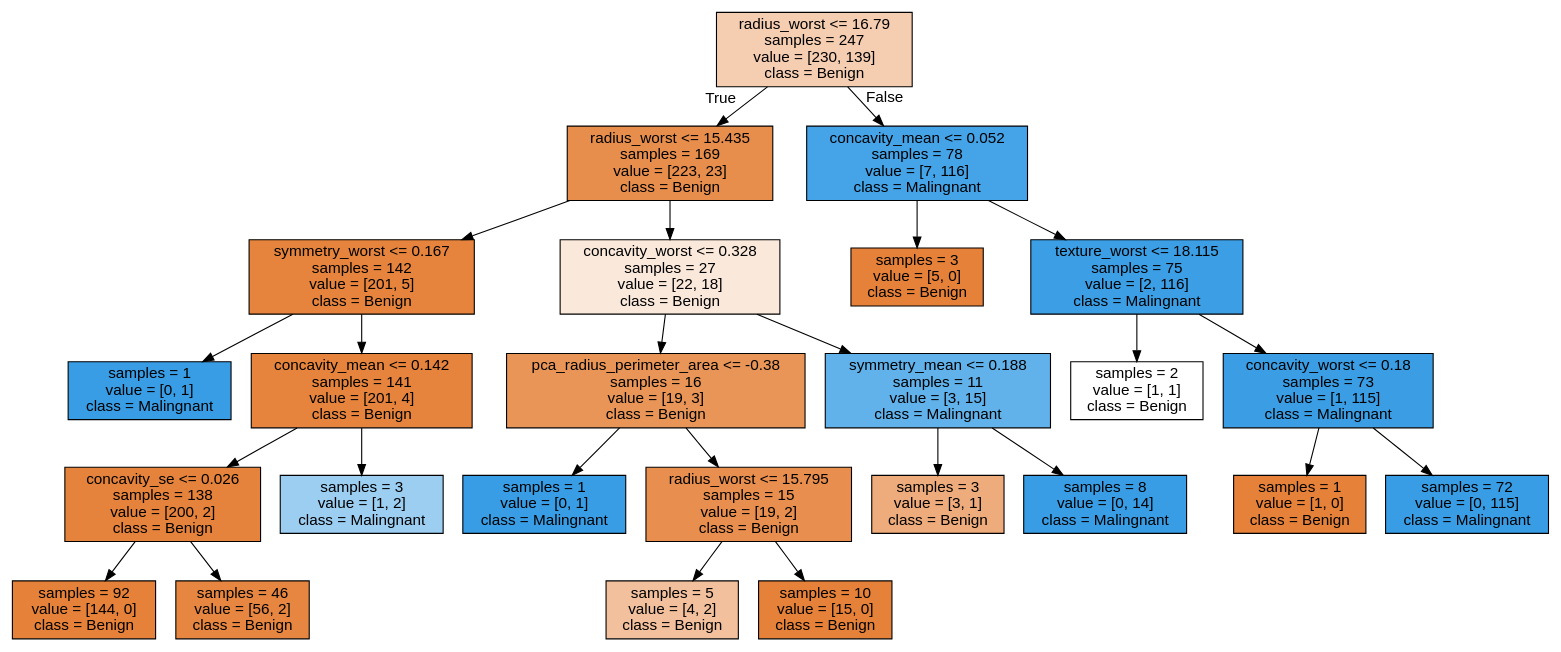
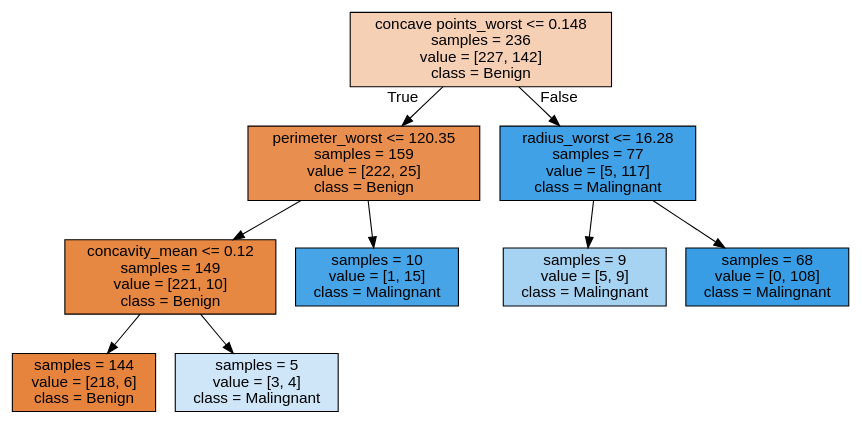
One commit to SebastianCarvalhoSalazar/prueba_tecnica_01 changed the diagram in out/breast_cancer_tree.dot. Above: the diagram before and after it, drawn with Graphviz. The commit also changed 7 other files, not shown here.

```diff
--- a/out/breast_cancer_tree.dot
+++ b/out/breast_cancer_tree.dot
@@ -1,53 +1,21 @@
 digraph Tree {
 node [shape=box, style="filled", color="black", fontname="helvetica"] ;
 edge [fontname="helvetica"] ;
-0 [label="radius_worst <= 16.79\nsamples = 247\nvalue = [230, 139]\nclass = Benign", fillcolor="#f5cdb1"] ;
-1 [label="radius_worst <= 15.435\nsamples = 169\nvalue = [223, 23]\nclass = Benign", fillcolor="#e88e4d"] ;
+0 [label="concave points_worst <= 0.148\nsamples = 236\nvalue = [227, 142]\nclass = Benign", fillcolor="#f5d0b5"] ;
+1 [label="perimeter_worst <= 120.35\nsamples = 159\nvalue = [222, 25]\nclass = Benign", fillcolor="#e88f4f"] ;
 0 -> 1 [labeldistance=2.5, labelangle=45, headlabel="True"] ;
-2 [label="symmetry_worst <= 0.167\nsamples = 142\nvalue = [201, 5]\nclass = Benign", fillcolor="#e6843e"] ;
-1 -> 2 ;
-3 [label="samples = 1\nvalue = [0, 1]\nclass = Malingnant", fillcolor="#399de5"] ;
-2 -> 3 ;
-4 [label="concavity_mean <= 0.142\nsamples = 141\nvalue = [201, 4]\nclass = Benign", fillcolor="#e6843d"] ;
-2 -> 4 ;
-5 [label="concavity_se <= 0.026\nsamples = 138\nvalue = [200, 2]\nclass = Benign", fillcolor="#e5823b"] ;
-4 -> 5 ;
-6 [label="samples = 92\nvalue = [144, 0]\nclass = Benign", fillcolor="#e58139"] ;
-5 -> 6 ;
-7 [label="samples = 46\nvalue = [56, 2]\nclass = Benign", fillcolor="#e68640"] ;
-5 -> 7 ;
-8 [label="samples = 3\nvalue = [1, 2]\nclass = Malingnant", fillcolor="#9ccef2"] ;
-4 -> 8 ;
-9 [label="concavity_worst <= 0.328\nsamples = 27\nvalue = [22, 18]\nclass = Benign", fillcolor="#fae8db"] ;
-1 -> 9 ;
-10 [label="pca_radius_perimeter_area <= -0.38\nsamples = 16\nvalue = [19, 3]\nclass = Benign", fillcolor="#e99558"] ;
-9 -> 10 ;
-11 [label="samples = 1\nvalue = [0, 1]\nclass = Malingnant", fillcolor="#399de5"] ;
-10 -> 11 ;
-12 [label="radius_worst <= 15.795\nsamples = 15\nvalue = [19, 2]\nclass = Benign", fillcolor="#e88e4e"] ;
-10 -> 12 ;
-13 [label="samples = 5\nvalue = [4, 2]\nclass = Benign", fillcolor="#f2c09c"] ;
-12 -> 13 ;
-14 [label="samples = 10\nvalue = [15, 0]\nclass = Benign", fillcolor="#e58139"] ;
-12 -> 14 ;
-15 [label="symmetry_mean <= 0.188\nsamples = 11\nvalue = [3, 15]\nclass = Malingnant", fillcolor="#61b1ea"] ;
-9 -> 15 ;
-16 [label="samples = 3\nvalue = [3, 1]\nclass = Benign", fillcolor="#eeab7b"] ;
-15 -> 16 ;
-17 [label="samples = 8\nvalue = [0, 14]\nclass = Malingnant", fillcolor="#399de5"] ;
-15 -> 17 ;
-18 [label="concavity_mean <= 0.052\nsamples = 78\nvalue = [7, 116]\nclass = Malingnant", fillcolor="#45a3e7"] ;
-0 -> 18 [labeldistance=2.5, labelangle=-45, headlabel="False"] ;
-19 [label="samples = 3\nvalue = [5, 0]\nclass = Benign", fillcolor="#e58139"] ;
-18 -> 19 ;
-20 [label="texture_worst <= 18.115\nsamples = 75\nvalue = [2, 116]\nclass = Malingnant", fillcolor="#3c9fe5"] ;
-18 -> 20 ;
-21 [label="samples = 2\nvalue = [1, 1]\nclass = Benign", fillcolor="#ffffff"] ;
-20 -> 21 ;
-22 [label="concavity_worst <= 0.18\nsamples = 73\nvalue = [1, 115]\nclass = Malingnant", fillcolor="#3b9ee5"] ;
-20 -> 22 ;
-23 [label="samples = 1\nvalue = [1, 0]\nclass = Benign", fillcolor="#e58139"] ;
-22 -> 23 ;
-24 [label="samples = 72\nvalue = [0, 115]\nclass = Malingnant", fillcolor="#399de5"] ;
-22 -> 24 ;
+3 [label="concavity_mean <= 0.12\nsamples = 149\nvalue = [221, 10]\nclass = Benign", fillcolor="#e68742"] ;
+1 -> 3 ;
+5 [label="samples = 144\nvalue = [218, 6]\nclass = Benign", fillcolor="#e6843e"] ;
+3 -> 5 ;
+6 [label="samples = 5\nvalue = [3, 4]\nclass = Malingnant", fillcolor="#cee6f8"] ;
+3 -> 6 ;
+4 [label="samples = 10\nvalue = [1, 15]\nclass = Malingnant", fillcolor="#46a4e7"] ;
+1 -> 4 ;
+2 [label="radius_worst <= 16.28\nsamples = 77\nvalue = [5, 117]\nclass = Malingnant", fillcolor="#41a1e6"] ;
+0 -> 2 [labeldistance=2.5, labelangle=-45, headlabel="False"] ;
+7 [label="samples = 9\nvalue = [5, 9]\nclass = Malingnant", fillcolor="#a7d3f3"] ;
+2 -> 7 ;
+8 [label="samples = 68\nvalue = [0, 108]\nclass = Malingnant", fillcolor="#399de5"] ;
+2 -> 8 ;
 }
```
